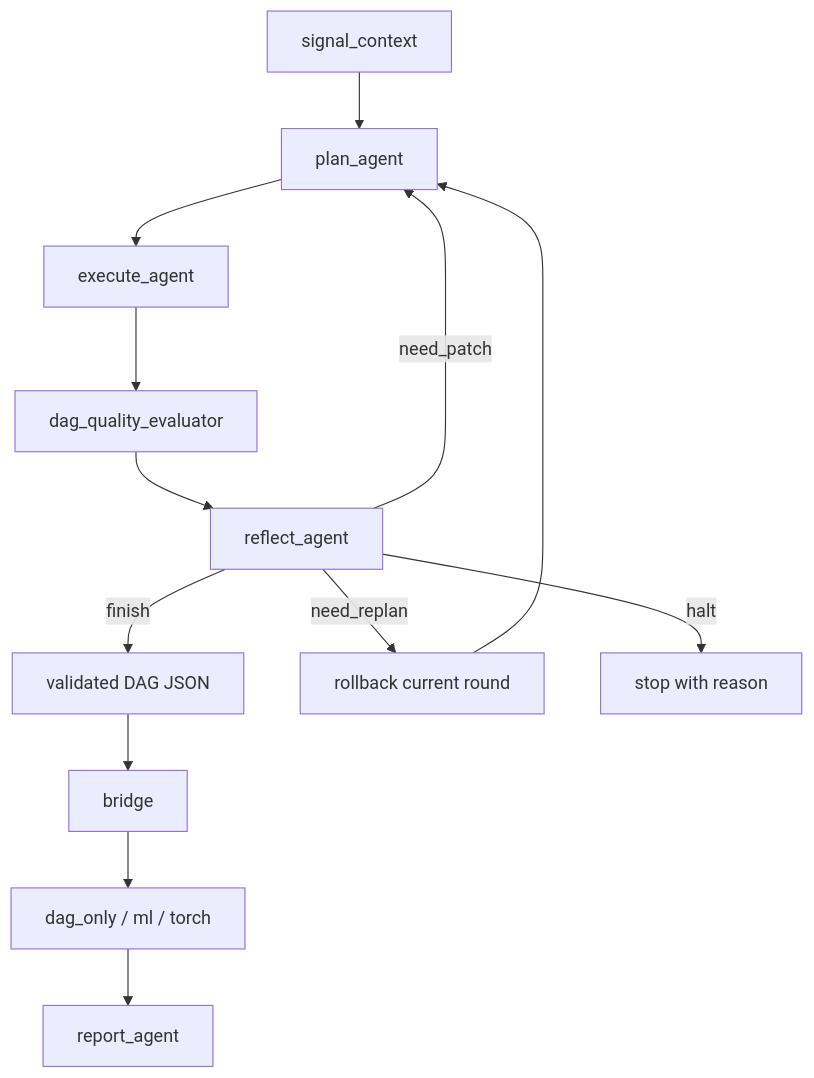
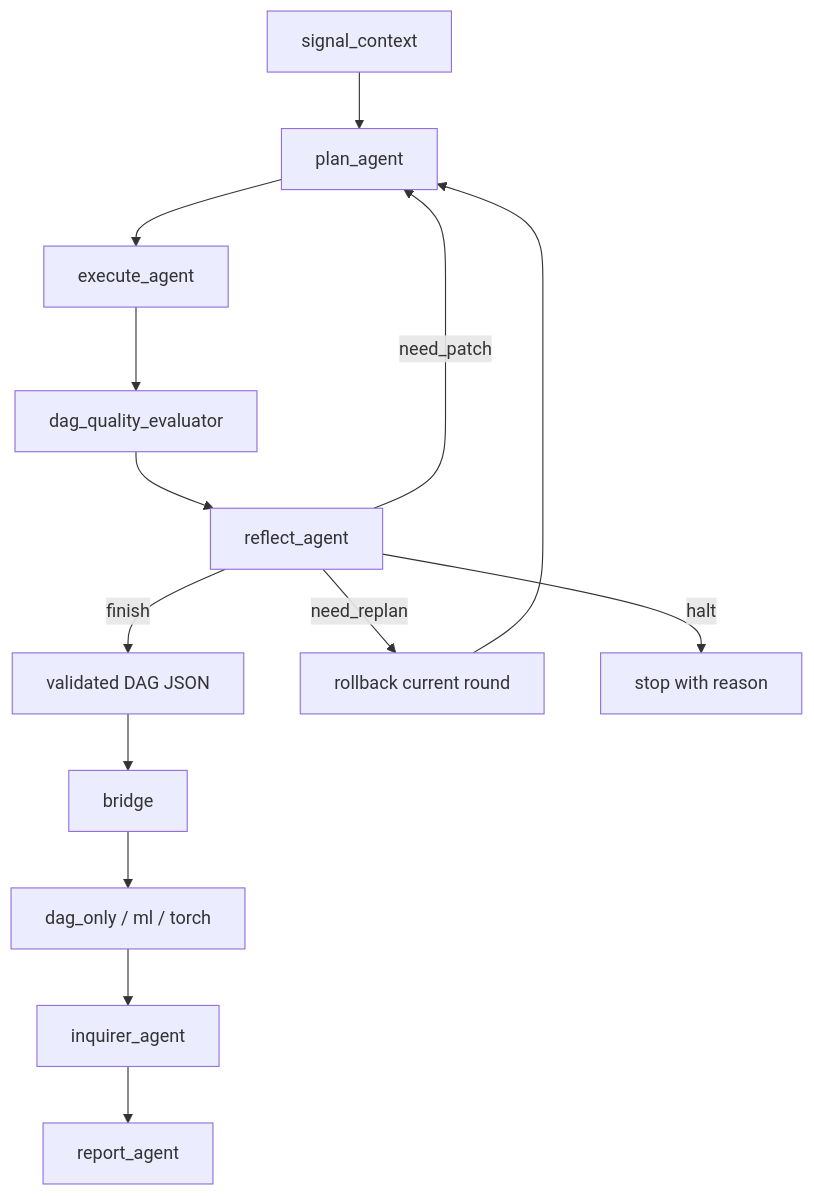
Before and after one commit to PHMbench/PHMGA: the diagram in doc/structure/02_workflow_and_bridge.md, drawn with Mermaid. The commit also changed other lines of this file and 14 other files, not shown here.

````diff
--- a/doc/structure/02_workflow_and_bridge.md
+++ b/doc/structure/02_workflow_and_bridge.md
@@ -28,18 +28,18 @@
 ```mermaid
 flowchart TD
     A[signal_context]
     B[plan_agent]
     C[execute_agent]
     D[dag_quality_evaluator]
     E[reflect_agent]
     F[validated DAG JSON]
     G[bridge]
     H[dag_only / ml / torch]
     I[report_agent]
 
     A --> B --> C --> D --> E
     E -- need_patch --> B
     E -- need_replan --> R[rollback current round] --> B
-    E -- finish --> F --> G --> H --> I
+    E -- finish --> F --> G --> H --> J[inquirer_agent] --> I
     E -- halt --> X[stop with reason]
 ```
````
